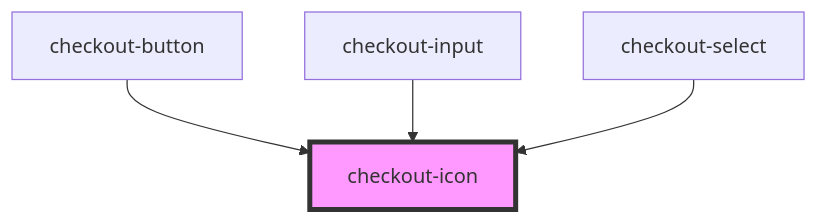
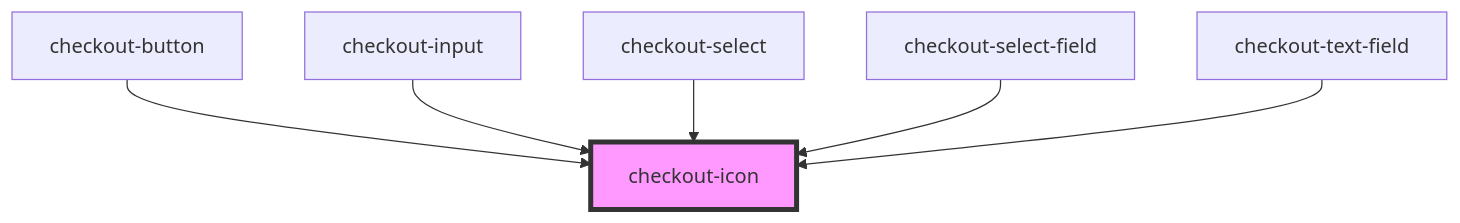
The diagram in packages/common/src/components/checkout-icon/readme.md (plughacker/malga-checkout), drawn with Mermaid before and after one commit. The commit also changed other lines of this file and 15 other files, not shown here.

````diff
--- a/packages/common/src/components/checkout-icon/readme.md
+++ b/packages/common/src/components/checkout-icon/readme.md
@@ -25,7 +27,9 @@
 ```mermaid
 graph TD;
   checkout-button --> checkout-icon
   checkout-input --> checkout-icon
   checkout-select --> checkout-icon
+  checkout-select-field --> checkout-icon
+  checkout-text-field --> checkout-icon
   style checkout-icon fill:#f9f,stroke:#333,stroke-width:4px
 ```
````
